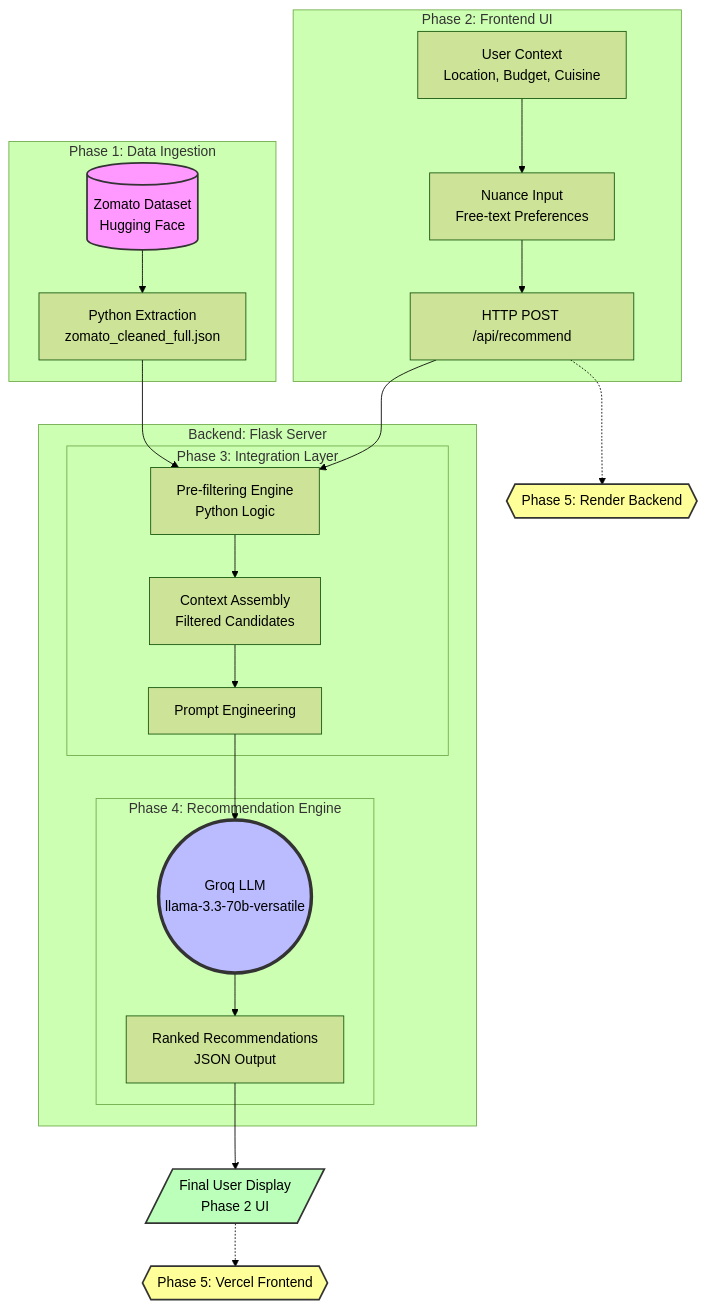
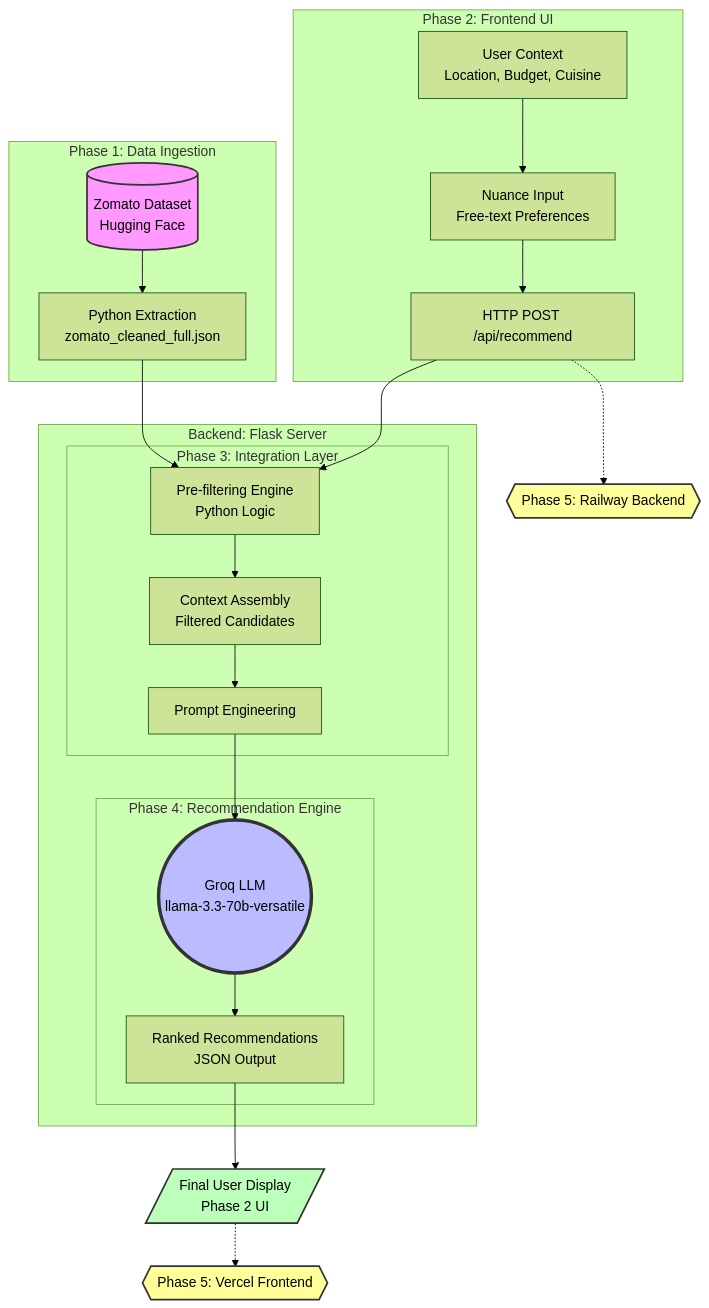
The diagram in docs/architecture.md (sakethsawant1-star/my-project), drawn with Mermaid (forest theme) before and after one commit. The commit also changed other lines of this file and 2 other files, not shown here.

Commit message:
Switch backend deployment to Railway

````diff
--- a/docs/architecture.md
+++ b/docs/architecture.md
@@ -4,39 +4,39 @@
 ```mermaid
 flowchart TD
     %% Phase 1: Data Ingestion (Python)
     subgraph Phase 1: Data Ingestion
         A[(Zomato Dataset<br>Hugging Face)] --> B[Python Extraction<br>zomato_cleaned_full.json]
     end
 
     %% Phase 2: User Input (HTML/CSS/JS)
     subgraph Phase 2: Frontend UI
         D[User Context<br>Location, Budget, Cuisine] --> E[Nuance Input<br>Free-text Preferences]
         E --> HTTP[HTTP POST /api/recommend]
     end
 
     %% Phase 3 & 4: Python Flask Backend
     subgraph Backend: Flask Server
         subgraph Phase 3: Integration Layer
             B --> F[Pre-filtering Engine<br>Python Logic]
             HTTP --> F
             F --> G[Context Assembly<br>Filtered Candidates]
             G --> H[Prompt Engineering]
         end
 
         subgraph Phase 4: Recommendation Engine
             H --> I((Groq LLM<br>llama-3.3-70b-versatile))
             I --> J[Ranked Recommendations<br>JSON Output]
         end
     end
 
     %% Output & Phase 5 Deployment
     J --> L[/Final User Display<br>Phase 2 UI/]
     L -.-> V{{Phase 5: Vercel Frontend}}
-    HTTP -.-> R{{Phase 5: Render Backend}}
+    HTTP -.-> R{{Phase 5: Railway Backend}}
     
     style A fill:#f9f,stroke:#333,stroke-width:2px
     style I fill:#bbf,stroke:#333,stroke-width:4px
     style L fill:#bfb,stroke:#333,stroke-width:2px
     style V fill:#ff9,stroke:#333,stroke-width:2px
     style R fill:#ff9,stroke:#333,stroke-width:2px
 ```
````
